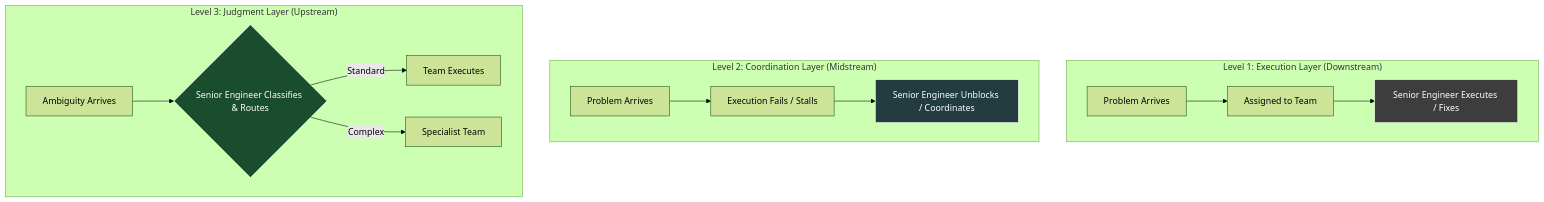
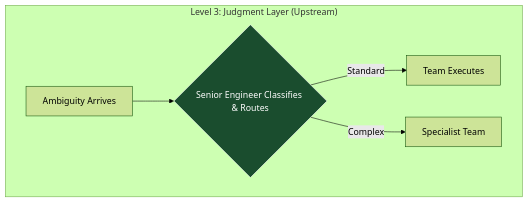
One commit to Shelbournator/thoughts changed the third of 3 diagrams in _posts/2026-04-29-the-attending-architect.md. Above: the diagram before and after it, drawn with Mermaid (forest theme).

````diff
--- a/_posts/2026-04-29-the-attending-architect.md
+++ b/_posts/2026-04-29-the-attending-architect.md
@@ -98,20 +115,10 @@
 ```mermaid
 graph TD
-    subgraph "Level 1: Execution Layer (Downstream)"
-        E1[Problem Arrives] --> E2[Assigned to Team] --> E3[Senior Engineer Executes / Fixes]
-    end
-
-    subgraph "Level 2: Coordination Layer (Midstream)"
-        C1[Problem Arrives] --> C2[Execution Fails / Stalls] --> C3[Senior Engineer Unblocks / Coordinates]
-    end
-
     subgraph "Level 3: Judgment Layer (Upstream)"
         J1[Ambiguity Arrives] --> J2{Senior Engineer Classifies & Routes}
         J2 -->|Standard| J3[Team Executes]
         J2 -->|Complex| J4[Specialist Team]
     end
 
-    style E3 fill:#3d3d3d,stroke:#fff,color:#fff
-    style C3 fill:#223c40,stroke:#fff,color:#fff
     style J2 fill:#1a4d2e,stroke:#fff,color:#fff
 ```
````
